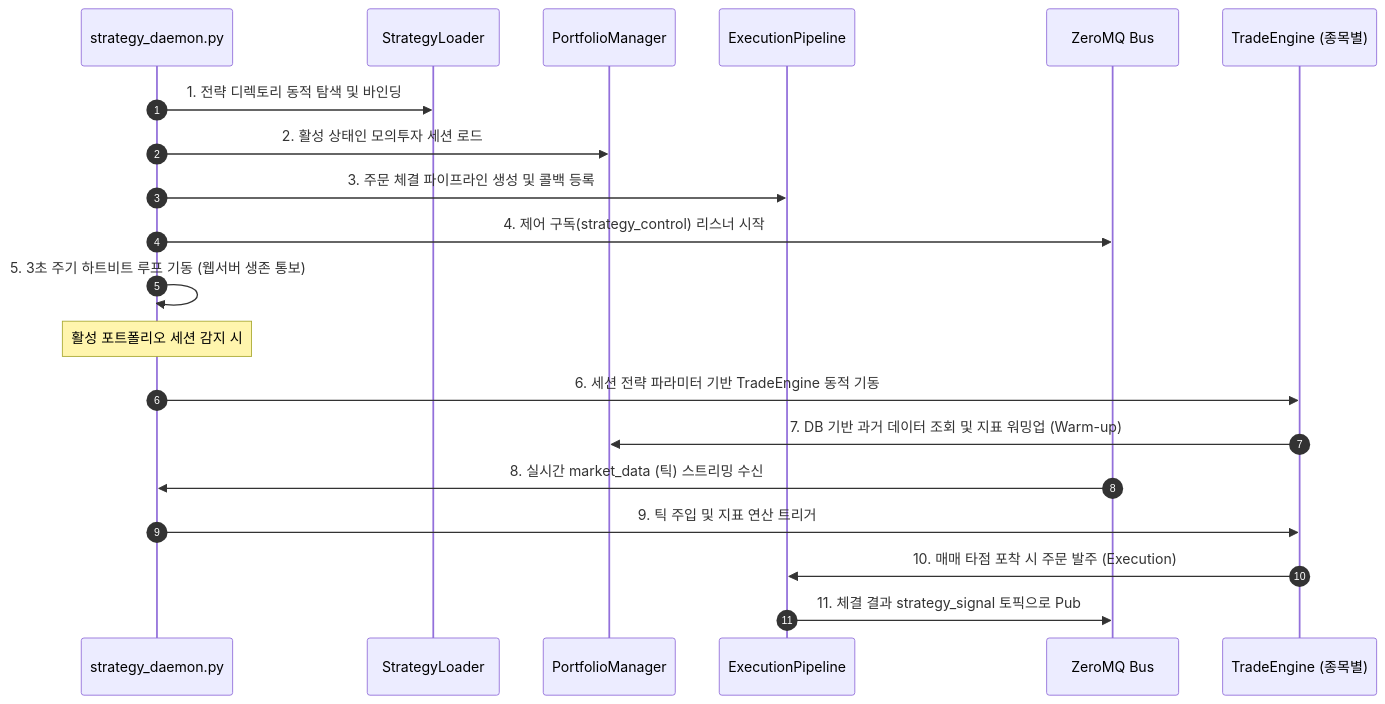
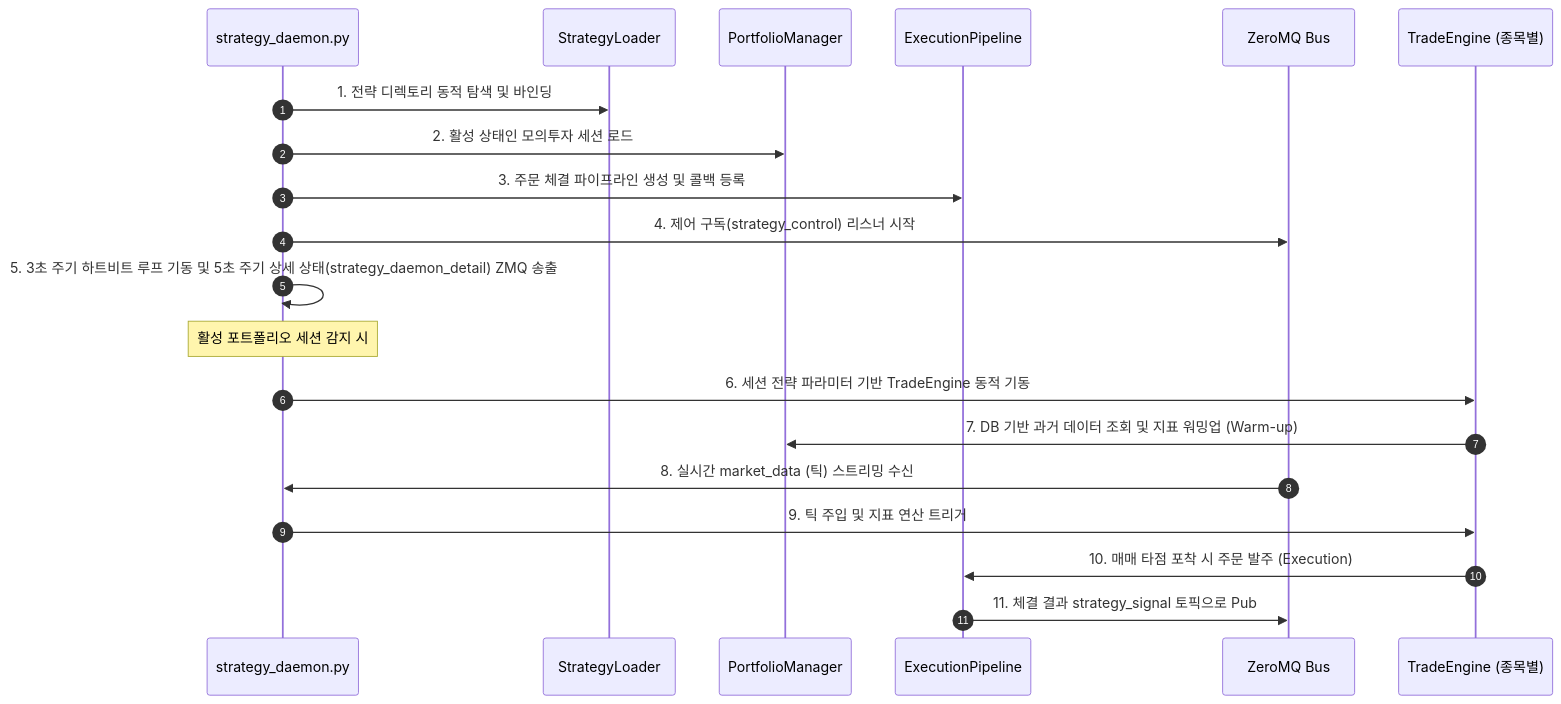
The second of 2 diagrams in docs/daemons.md (yslsoft-ui/ATS), drawn with Mermaid before and after one commit. The commit also changed other lines of this file and 16 other files, not shown here.

Commit message:
feat(strategy-daemon): 전략 데몬 실시간 모니터링 화면 추가 및 텔레메트리 데이터 바인딩 오류 수정

````diff
--- a/docs/daemons.md
+++ b/docs/daemons.md
@@ -67,23 +67,23 @@
 ```mermaid
 sequenceDiagram
     autonumber
     participant Daemon as strategy_daemon.py
     participant Loader as StrategyLoader
     participant PM as PortfolioManager
     participant Pipeline as ExecutionPipeline
     participant ZMQ as ZeroMQ Bus
     participant TE as TradeEngine (종목별)
 
     Daemon->>Loader: 1. 전략 디렉토리 동적 탐색 및 바인딩
     Daemon->>PM: 2. 활성 상태인 모의투자 세션 로드
     Daemon->>Pipeline: 3. 주문 체결 파이프라인 생성 및 콜백 등록
     Daemon->>ZMQ: 4. 제어 구독(strategy_control) 리스너 시작
-    Daemon->>Daemon: 5. 3초 주기 하트비트 루프 기동 (웹서버 생존 통보)
+    Daemon->>Daemon: 5. 3초 주기 하트비트 루프 기동 및 5초 주기 상세 상태(strategy_daemon_detail) ZMQ 송출
     Note over Daemon: 활성 포트폴리오 세션 감지 시
     Daemon->>TE: 6. 세션 전략 파라미터 기반 TradeEngine 동적 기동
     TE->>PM: 7. DB 기반 과거 데이터 조회 및 지표 워밍업 (Warm-up)
     ZMQ->>Daemon: 8. 실시간 market_data (틱) 스트리밍 수신
     Daemon->>TE: 9. 틱 주입 및 지표 연산 트리거
     TE->>Pipeline: 10. 매매 타점 포착 시 주문 발주 (Execution)
     Pipeline->>ZMQ: 11. 체결 결과 strategy_signal 토픽으로 Pub
 ```
````
